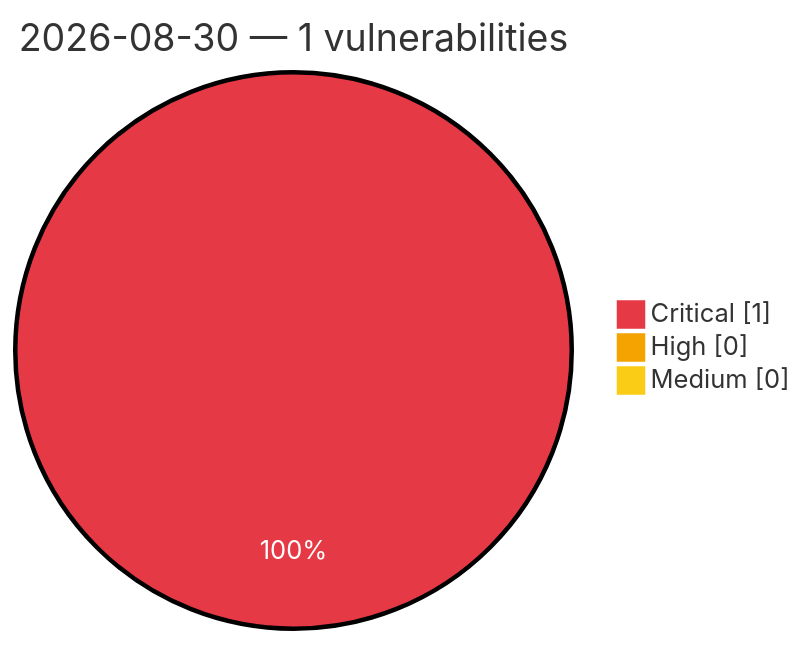
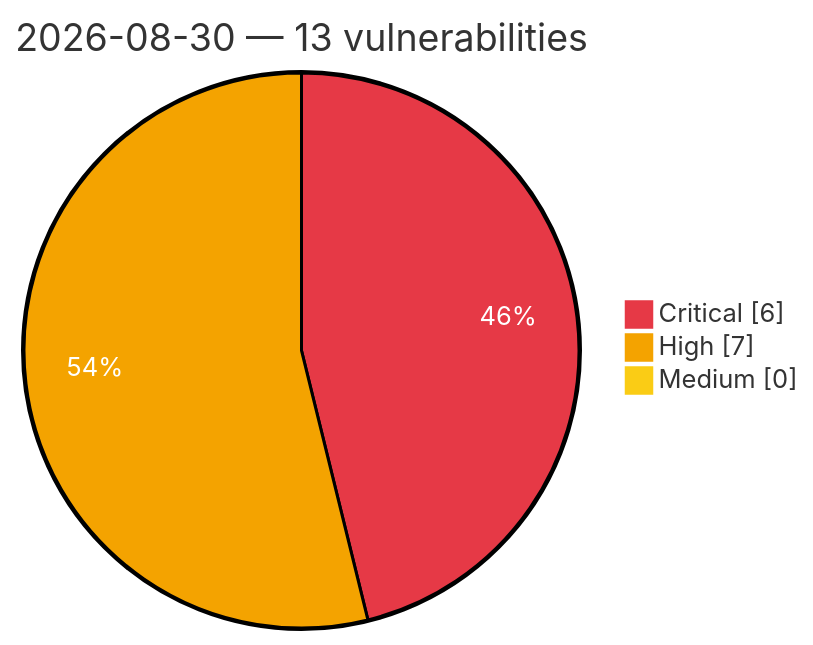
Before and after one commit to GhostX0X/vuln-tracker: the diagram in vulnerabilities/2026/August/2026-08-30.md, drawn with Mermaid. The commit also changed other lines of this file and 5 other files, not shown here.

Commit message:
Auto update: critical/high vulns (2026-08-30 15:24 UTC)

````diff
--- a/vulnerabilities/2026/August/2026-08-30.md
+++ b/vulnerabilities/2026/August/2026-08-30.md
@@ -3,8 +3,8 @@
 ```mermaid
 %%{init: {'theme':'base', 'themeVariables': {'pie1':'#e63946', 'pie2':'#f4a300', 'pie3':'#facc15', 'pieOpacity':'1', 'pieOuterStrokeWidth':'2px', 'pieSectionTextColor':'#ffffff'}}}%%
 pie showData
-    title 2026-08-30 — 1 vulnerabilities
-    "Critical" : 1
-    "High" : 0
+    title 2026-08-30 — 13 vulnerabilities
+    "Critical" : 6
+    "High" : 7
     "Medium" : 0
 ```
````
